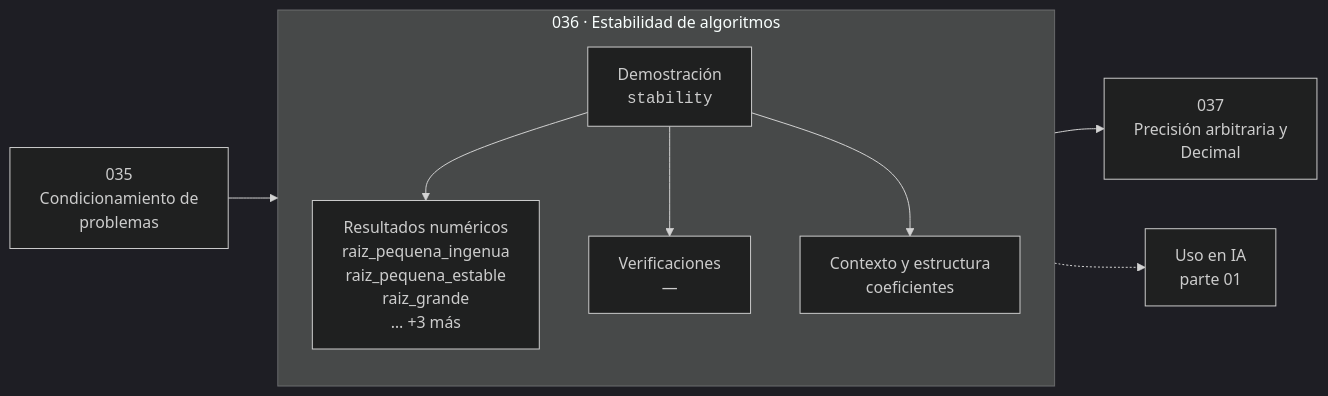
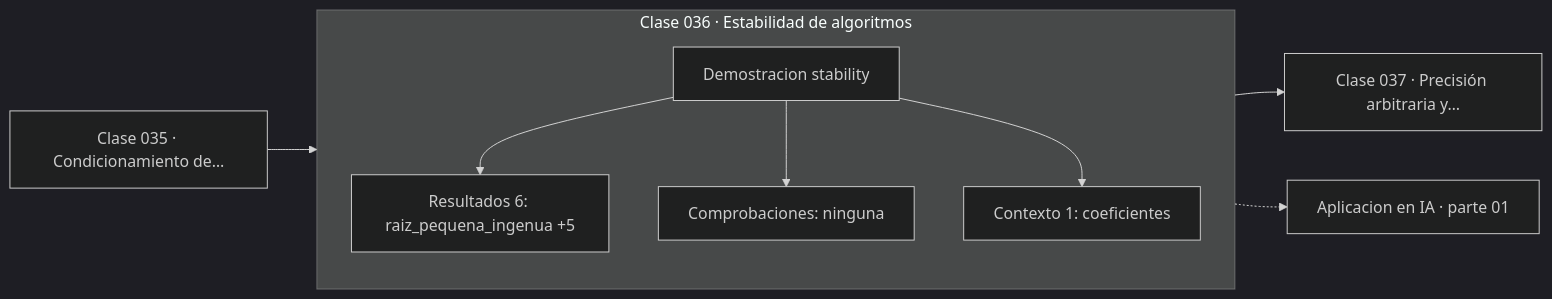
One commit to vladimiracunadev-create/computational-mathematics-program changed the diagram in classes/part-01-aritmetica-computacional-y-representacion-numerica/036-estabilidad-de-algoritmos/README.md. Above: the diagram before and after it, drawn with Mermaid (dark theme). The commit also changed 389 other files, not shown here.

First line of the commit message:
fix(diagramas): elimina el HTML de las etiquetas Mermaid

````diff
--- a/classes/part-01-aritmetica-computacional-y-representacion-numerica/036-estabilidad-de-algoritmos/README.md
+++ b/classes/part-01-aritmetica-computacional-y-representacion-numerica/036-estabilidad-de-algoritmos/README.md
@@ -36,12 +36,13 @@
 ```mermaid
 flowchart LR
-    P["035<br/>Condicionamiento de<br/>problemas"] --> C
-    subgraph C["036 · Estabilidad de algoritmos"]
+    P["Clase 035 · Condicionamiento de…"] --> D
+    subgraph CLASE["Clase 036 · Estabilidad de algoritmos"]
         direction TB
-        D["Demostración<br/><code>stability</code>"] --> R["Resultados numéricos<br/>raiz_pequena_ingenua<br/>raiz_pequena_estable<br/>raiz_grande<br/>… +3 más"]
-        D --> V["Verificaciones<br/>—"]
-        D --> O["Contexto y estructura<br/>coeficientes"]
+        D["Demostracion stability"]
+        D --> R["Resultados 6: raiz_pequena_ingenua +5"]
+        D --> V["Comprobaciones: ninguna"]
+        D --> O["Contexto 1: coeficientes"]
     end
-    C --> N["037<br/>Precisión arbitraria y<br/>Decimal"]
-    C -.-> IA["Uso en IA<br/>parte 01"]
+    R --> N["Clase 037 · Precisión arbitraria y…"]
+    V -.-> IA["Aplicacion en IA · parte 01"]
 ```
````
